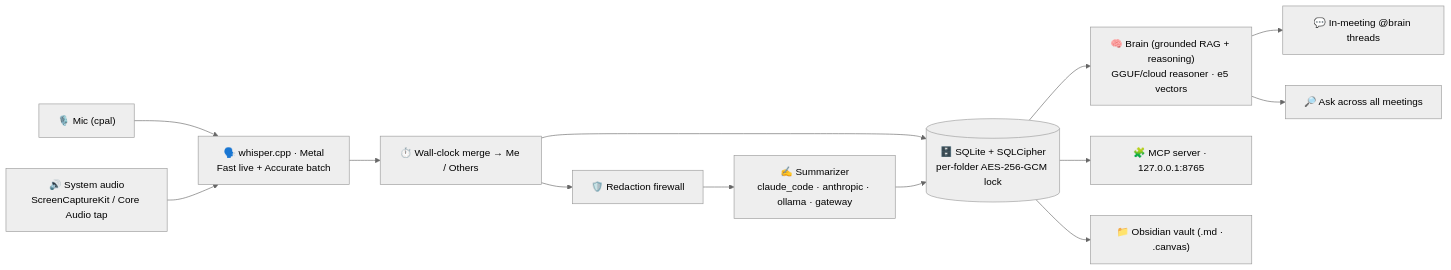
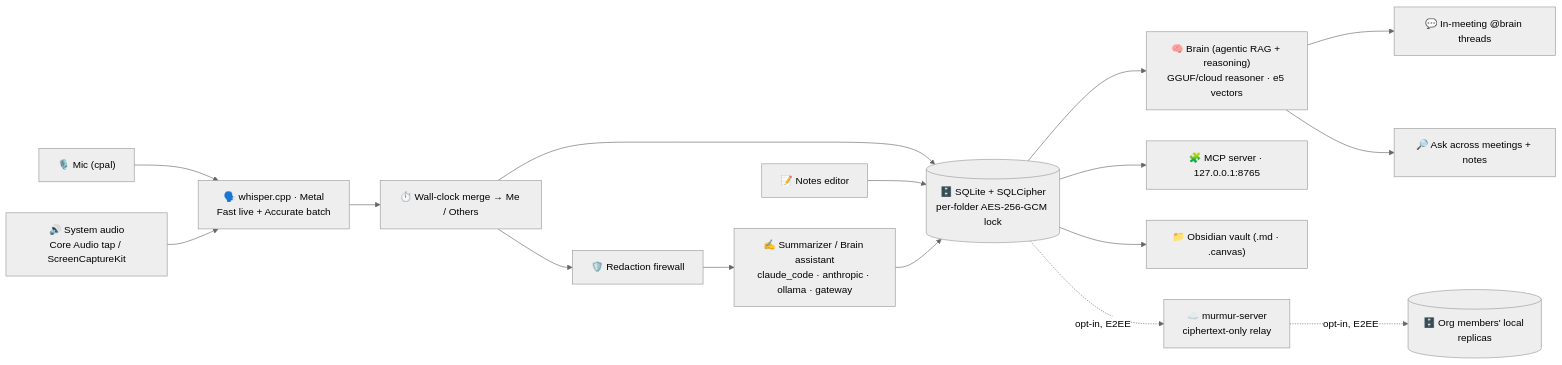
Before and after one commit to murmur-io/murmur: the diagram in README.md, drawn with Mermaid (neutral theme). The commit also changed other lines of this file and 7 other files, not shown here.

````diff
--- a/README.md
+++ b/README.md
@@ -242,16 +338,19 @@
 ```mermaid
 flowchart LR
   mic["🎙️ Mic (cpal)"] --> asr
-  sys["🔊 System audio<br/>ScreenCaptureKit / Core Audio tap"] --> asr
+  sys["🔊 System audio<br/>Core Audio tap / ScreenCaptureKit"] --> asr
   asr["🗣️ whisper.cpp · Metal<br/>Fast live + Accurate batch"] --> merge
   merge["⏱️ Wall-clock merge → Me / Others"] --> db
   merge --> redact
+  notes["📝 Notes editor"] --> db
   redact["🛡️ Redaction firewall"] --> prov
-  prov["✍️ Summarizer<br/>claude_code · anthropic · ollama · gateway"] --> db
+  prov["✍️ Summarizer / Brain assistant<br/>claude_code · anthropic · ollama · gateway"] --> db
   db[("🗄️ SQLite + SQLCipher<br/>per-folder AES-256-GCM lock")]
-  db --> brain["🧠 Brain (grounded RAG + reasoning)<br/>GGUF/cloud reasoner · e5 vectors"]
+  db --> brain["🧠 Brain (agentic RAG + reasoning)<br/>GGUF/cloud reasoner · e5 vectors"]
   brain --> live["💬 In-meeting @brain threads"]
-  brain --> ask["🔎 Ask across all meetings"]
+  brain --> ask["🔎 Ask across meetings + notes"]
   db --> mcp["🧩 MCP server · 127.0.0.1:8765"]
   db --> vault["📁 Obsidian vault (.md · .canvas)"]
+  db -.opt-in, E2EE.-> relay["☁️ murmur-server<br/>ciphertext-only relay"]
+  relay -.opt-in, E2EE.-> orgdb[("🗄️ Org members' local replicas")]
 ```
````
